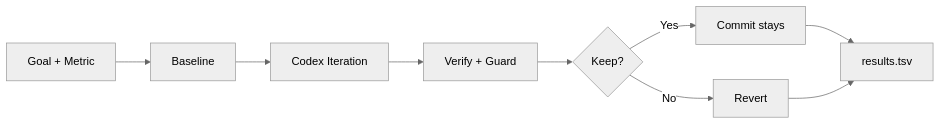
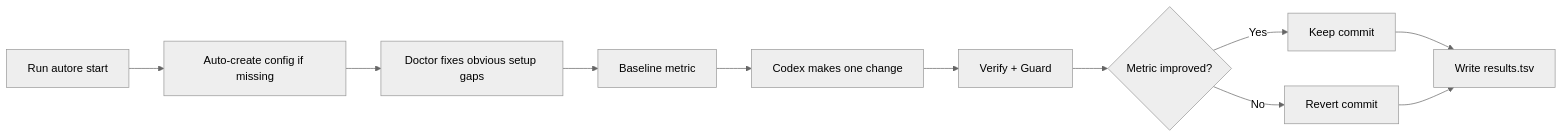
The diagram in README.md (wimi321/codex-autoresearch), drawn with Mermaid (neutral theme) before and after one commit. The commit also changed other lines of this file and 6 other files, not shown here.

````diff
--- a/README.md
+++ b/README.md
@@ -46,11 +109,13 @@
 ```mermaid
 flowchart LR
-    A[Goal + Metric] --> B[Baseline]
-    B --> C[Codex Iteration]
-    C --> D[Verify + Guard]
-    D --> E{Keep?}
-    E -- Yes --> F[Commit stays]
-    E -- No --> G[Revert]
-    F --> H[results.tsv]
-    G --> H
+    A["Run autore start"] --> B["Auto-create config if missing"]
+    B --> C["Doctor fixes obvious setup gaps"]
+    C --> D["Baseline metric"]
+    D --> E["Codex makes one change"]
+    E --> F["Verify + Guard"]
+    F --> G{"Metric improved?"}
+    G -- "Yes" --> H["Keep commit"]
+    G -- "No" --> I["Revert commit"]
+    H --> J["Write results.tsv"]
+    I --> J
 ```
````
